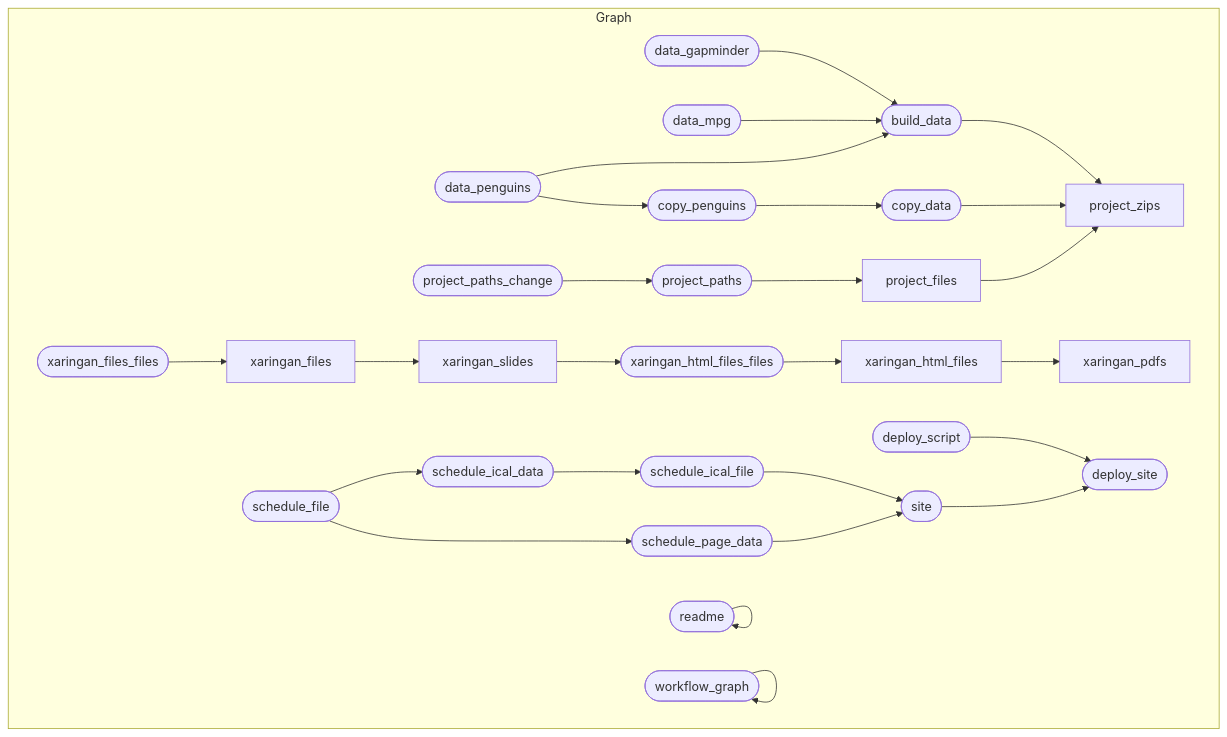
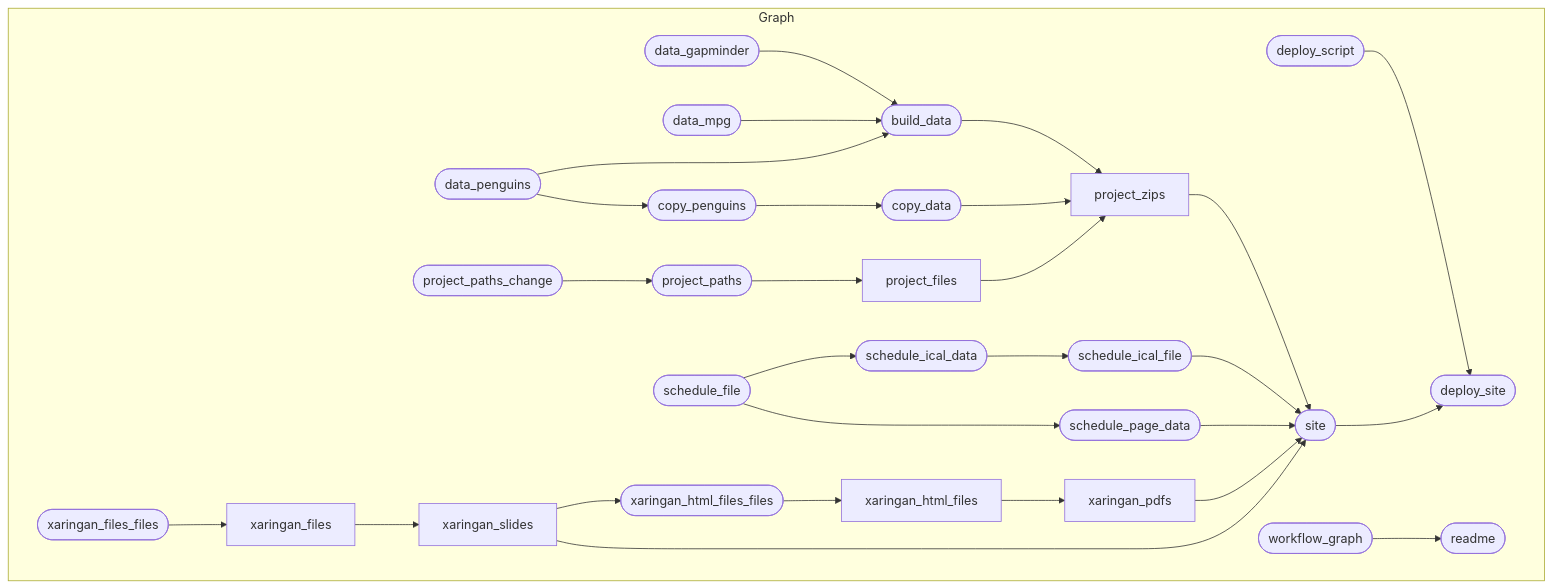
One commit to kjhealy/vsd changed the diagram in README.md. Above: the diagram before and after it, drawn with Mermaid. The commit also changed other lines of this file and 9 other files, not shown here.

````diff
--- a/README.md
+++ b/README.md
@@ -30,30 +30,32 @@
 ``` mermaid
 graph LR
   subgraph Graph
     direction LR
     xdf832f8e1f99baf2(["schedule_file"]):::queued --> x35552a73efe9c59f(["schedule_ical_data"]):::queued
     x4a210bdf90796bca(["xaringan_files_files"]):::queued --> xf4774655f169db90["xaringan_files"]:::queued
     xf4774655f169db90["xaringan_files"]:::queued --> x60c212b45249134a["xaringan_slides"]:::queued
+    x1917c787a0a4a0fd["project_zips"]:::queued --> x7aa56383a054e8ba(["site"]):::queued
     x4d31f5a49d5ae49f(["schedule_ical_file"]):::queued --> x7aa56383a054e8ba(["site"]):::queued
     x063edd335cc1b36f(["schedule_page_data"]):::queued --> x7aa56383a054e8ba(["site"]):::queued
+    xccbb2c85646c611a["xaringan_pdfs"]:::queued --> x7aa56383a054e8ba(["site"]):::queued
+    x60c212b45249134a["xaringan_slides"]:::queued --> x7aa56383a054e8ba(["site"]):::queued
     x35552a73efe9c59f(["schedule_ical_data"]):::queued --> x4d31f5a49d5ae49f(["schedule_ical_file"]):::queued
     xa48826fcb4dc2e34(["project_paths_change"]):::queued --> xb4844be3dca7f02b(["project_paths"]):::queued
     xa3d8306cecf136f4(["data_penguins"]):::queued --> x2a5bb41380dcc5b0(["copy_penguins"]):::queued
     x60c212b45249134a["xaringan_slides"]:::queued --> x7a0d40becb063bda(["xaringan_html_files_files"]):::queued
     xb453b5ae08dcaee7(["build_data"]):::queued --> x1917c787a0a4a0fd["project_zips"]:::queued
     x41092a7251862a9e(["copy_data"]):::queued --> x1917c787a0a4a0fd["project_zips"]:::queued
     x7a8b235bff1bfb75["project_files"]:::queued --> x1917c787a0a4a0fd["project_zips"]:::queued
     x0751853b619def05["xaringan_html_files"]:::queued --> xccbb2c85646c611a["xaringan_pdfs"]:::queued
     x8288901d8e9e8d55(["data_gapminder"]):::queued --> xb453b5ae08dcaee7(["build_data"]):::queued
     x182180f03bcfc8dc(["data_mpg"]):::queued --> xb453b5ae08dcaee7(["build_data"]):::queued
     xa3d8306cecf136f4(["data_penguins"]):::queued --> xb453b5ae08dcaee7(["build_data"]):::queued
     x9c20b8c56debbe9a(["deploy_script"]):::queued --> x78f3e0b711425f1c(["deploy_site"]):::queued
     x7aa56383a054e8ba(["site"]):::queued --> x78f3e0b711425f1c(["deploy_site"]):::queued
     xb4844be3dca7f02b(["project_paths"]):::queued --> x7a8b235bff1bfb75["project_files"]:::queued
     x2a5bb41380dcc5b0(["copy_penguins"]):::queued --> x41092a7251862a9e(["copy_data"]):::queued
     x7a0d40becb063bda(["xaringan_html_files_files"]):::queued --> x0751853b619def05["xaringan_html_files"]:::queued
     xdf832f8e1f99baf2(["schedule_file"]):::queued --> x063edd335cc1b36f(["schedule_page_data"]):::queued
-    x6e52cb0f1668cc22(["readme"]):::queued --> x6e52cb0f1668cc22(["readme"]):::queued
-    xf38d3f5e6365ad72(["workflow_graph"]):::started --> xf38d3f5e6365ad72(["workflow_graph"]):::started
+    xf38d3f5e6365ad72(["workflow_graph"]):::started --> x6e52cb0f1668cc22(["readme"]):::queued
   end
 ```
````
